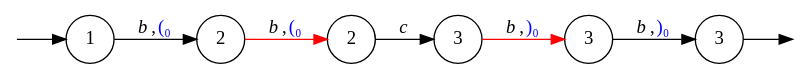
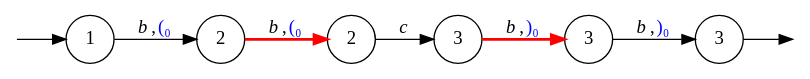
One commit to 0Marble/lgraphs changed the diagram in presentation/graphs/graph1_path1.dot. Above: the diagram before and after it, drawn with Graphviz. The commit also changed 18 other files, not shown here.

```diff
--- a/presentation/graphs/graph1_path1.dot
+++ b/presentation/graphs/graph1_path1.dot
@@ -1,20 +1,20 @@
 digraph {
 	node [shape=circle];
 	Q0 [style=invisible, height=0, width=0, fixedsize=true];
 	Q1 [style=invisible, height=0, width=0, fixedsize=true];
 	graph [rankdir="LR"];
 	0 [label=1];
 	1 [label=2];
 	2 [label=2];
 	3 [label=3];
 	4 [label=3];
 	5 [label=3];
 
 	Q0 -> 0;
 	5 -> Q1;
 	0 -> 1  [label=<<i>b</i>,<FONT COLOR="blue">(₀</FONT>> ];
-	1 -> 2  [label=<<i>b</i>,<FONT COLOR="blue">(₀</FONT>>, color=red ];
+	1 -> 2  [label=<<i>b</i>,<FONT COLOR="blue">(₀</FONT>>, color=red, style=bold ];
 	2 -> 3  [label=<<i>c</i>> ];
-	3 -> 4  [label=<<i>b</i>,<FONT COLOR="blue">)₀</FONT>>, color=red  ];
+	3 -> 4  [label=<<i>b</i>,<FONT COLOR="blue">)₀</FONT>>, color=red, style=bold  ];
 	4 -> 5  [label=<<i>b</i>,<FONT COLOR="blue">)₀</FONT>>];
 }
```
